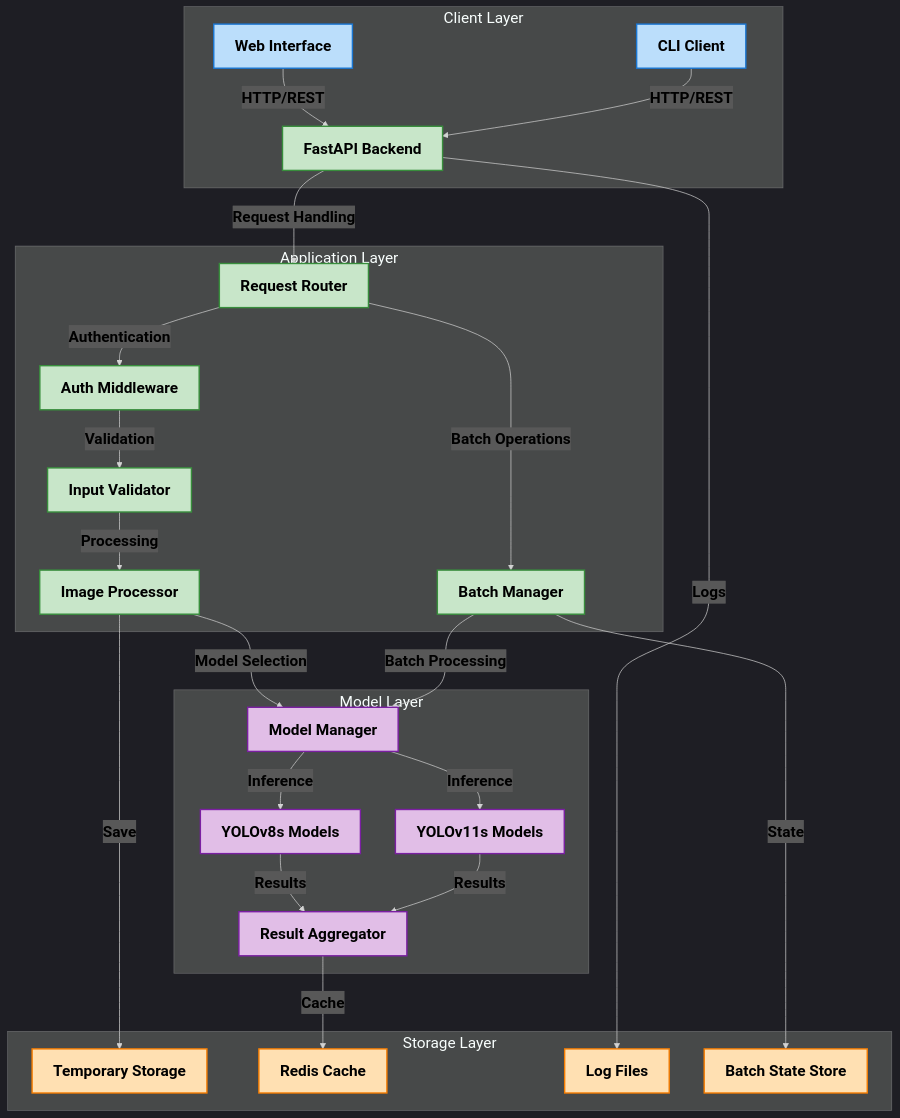
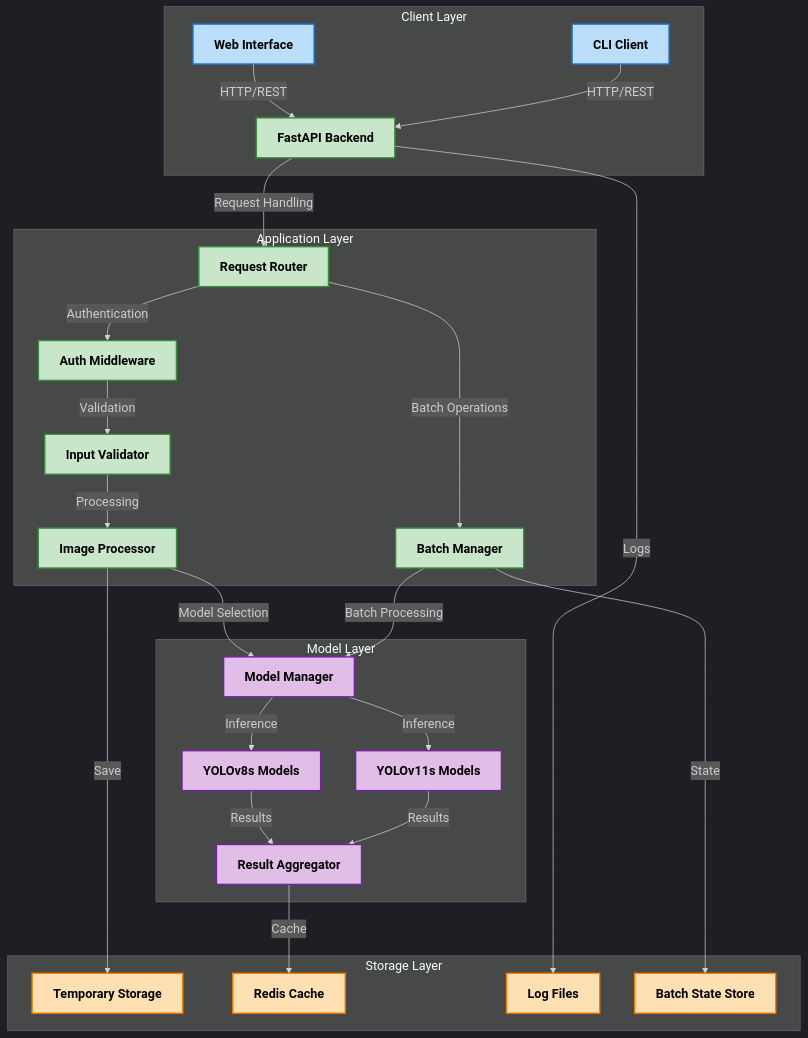
One commit to Dhruv0306/SymphonyProject1 changed the first of 9 diagrams in README.md. Above: the diagram before and after it, drawn with Mermaid. The commit also changed other lines of this file, not shown here.

First line of the commit message:
docs: enhance system architecture documentation and API specs

````diff
--- a/README.md
+++ b/README.md
@@ -73,51 +75,48 @@
 ```mermaid
-%%{init: {'theme': 'dark', 'themeVariables': { 'fontFamily': 'arial', 'fontSize': '22px', 'fontWeight': 'bold'}}}%%
+%%{init: {'theme': 'dark', 'themeVariables': { 'fontFamily': 'arial', 'fontSize': '18px', 'fontWeight': 'bold'}}}%%
 graph TD
     subgraph "Client Layer"
         style A fill:#bbdefb,stroke:#1976d2,stroke-width:2px,color:#000000,font-weight:bold
         style Z fill:#bbdefb,stroke:#1976d2,stroke-width:2px,color:#000000,font-weight:bold
         A["Web Interface"] -->|"HTTP/REST"| B["FastAPI Backend"]
         Z["CLI Client"] -->|"HTTP/REST"| B
     end
 
     subgraph "Application Layer"
         style B fill:#c8e6c9,stroke:#388e3c,stroke-width:2px,color:#000000,font-weight:bold
         style C fill:#c8e6c9,stroke:#388e3c,stroke-width:2px,color:#000000,font-weight:bold
         style D fill:#c8e6c9,stroke:#388e3c,stroke-width:2px,color:#000000,font-weight:bold
         style E fill:#c8e6c9,stroke:#388e3c,stroke-width:2px,color:#000000,font-weight:bold
         style F fill:#c8e6c9,stroke:#388e3c,stroke-width:2px,color:#000000,font-weight:bold
         style X fill:#c8e6c9,stroke:#388e3c,stroke-width:2px,color:#000000,font-weight:bold
         B -->|"Request Handling"| C["Request Router"]
         C -->|"Authentication"| D["Auth Middleware"]
         D -->|"Validation"| E["Input Validator"]
         E -->|"Processing"| F["Image Processor"]
         C -->|"Batch Operations"| X["Batch Manager"]
     end
 
     subgraph "Model Layer"
         style G fill:#e1bee7,stroke:#7b1fa2,stroke-width:2px,color:#000000,font-weight:bold
         style H fill:#e1bee7,stroke:#7b1fa2,stroke-width:2px,color:#000000,font-weight:bold
         style I fill:#e1bee7,stroke:#7b1fa2,stroke-width:2px,color:#000000,font-weight:bold
         style J fill:#e1bee7,stroke:#7b1fa2,stroke-width:2px,color:#000000,font-weight:bold
         F -->|"Model Selection"| G["Model Manager"]
         G -->|"Inference"| H["YOLOv8s Models"]
         G -->|"Inference"| I["YOLOv11s Models"]
         H -->|"Results"| J["Result Aggregator"]
         I -->|"Results"| J
         X -->|"Batch Processing"| G
     end
 
     subgraph "Storage Layer" 
         style K fill:#ffe0b2,stroke:#f57c00,stroke-width:2px,color:#000000,font-weight:bold
         style L fill:#ffe0b2,stroke:#f57c00,stroke-width:2px,color:#000000,font-weight:bold
         style M fill:#ffe0b2,stroke:#f57c00,stroke-width:2px,color:#000000,font-weight:bold
         style N fill:#ffe0b2,stroke:#f57c00,stroke-width:2px,color:#000000,font-weight:bold
         F -->|"Save"| K["Temporary Storage"]
         J -->|"Cache"| L["Redis Cache"]
         B -->|"Logs"| M["Log Files"]
         X -->|"State"| N["Batch State Store"]
     end
-
-    %% Style all edge labels
-    linkStyle default color:#000000,font-weight:bold
 ```
````
